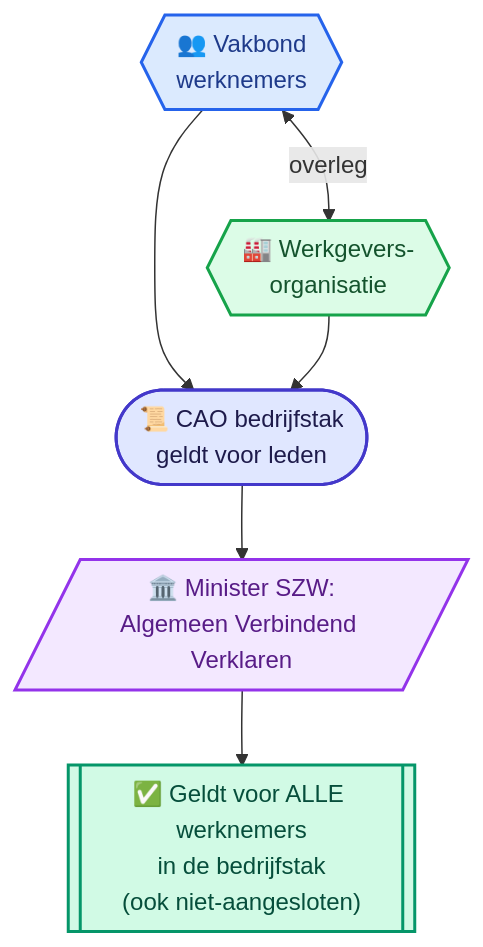
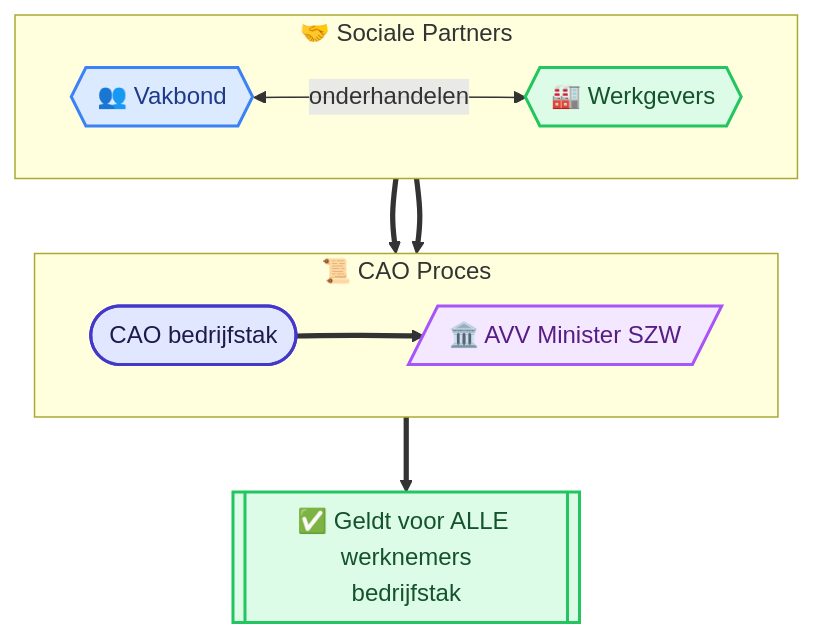
One commit to ateknol/HAVO-Economie-examen changed the tenth of 23 diagrams in Volledige_Samenvatting_H1_H2.md. Above: the diagram before and after it, drawn with Mermaid. The commit also changed other lines of this file and 6 other files, not shown here.

````diff
--- a/Volledige_Samenvatting_H1_H2.md
+++ b/Volledige_Samenvatting_H1_H2.md
@@ -723,25 +754,24 @@
 ```mermaid
 flowchart TD
-    V{{"👥 Vakbond<br/>werknemers"}}
-    WG{{"🏭 Werkgevers-<br/>organisatie"}}
-    CAO(["📜 CAO bedrijfstak<br/>geldt voor leden"])
-    AVV[/"🏛️ Minister SZW:<br/>Algemeen Verbindend Verklaren"/]
-    All[["✅ Geldt voor ALLE werknemers<br/>in de bedrijfstak<br/>(ook niet-aangesloten)"]]
-
-    V <-->|"overleg"| WG
-    V --> CAO
-    WG --> CAO
-    CAO --> AVV --> All
-
-    classDef cons fill:#dbeafe,stroke:#2563eb,stroke-width:2px,color:#1e3a8a
-    classDef prod fill:#dcfce7,stroke:#16a34a,stroke-width:2px,color:#14532d
+    subgraph CAO_Part["🤝 Sociale Partners"]
+        direction LR
+        CAO_V{{"👥 Vakbond"}} <-->|"onderhandelen"| CAO_WG{{"🏭 Werkgevers"}}
+    end
+    subgraph CAO_Proc["📜 CAO Proces"]
+        direction LR
+        CAO_C(["CAO bedrijfstak"]) ==> CAO_AVV[/"🏛️ AVV Minister SZW"/]
+    end
+    CAO_V ==> CAO_C
+    CAO_WG ==> CAO_C
+    CAO_Res[["✅ Geldt voor ALLE werknemers<br/>bedrijfstak"]]
+    CAO_AVV ==> CAO_Res
+    classDef markt fill:#dbeafe,stroke:#3b82f6,stroke-width:2px,color:#1e3a8a
+    classDef succes fill:#dcfce7,stroke:#22c55e,stroke-width:2px,color:#14532d
     classDef proces fill:#e0e7ff,stroke:#4338ca,stroke-width:2px,color:#1e1b4b
-    classDef overheid fill:#f3e8ff,stroke:#9333ea,stroke-width:2px,color:#581c87
-    classDef goed fill:#d1fae5,stroke:#059669,stroke-width:2px,color:#064e3b
-
-    class V cons
-    class WG prod
-    class CAO proces
-    class AVV overheid
-    class All goed
+    classDef oploss fill:#f3e8ff,stroke:#a855f7,stroke-width:2px,color:#581c87
+    class CAO_V markt
+    class CAO_WG succes
+    class CAO_C proces
+    class CAO_AVV oploss
+    class CAO_Res succes
 ```
````
